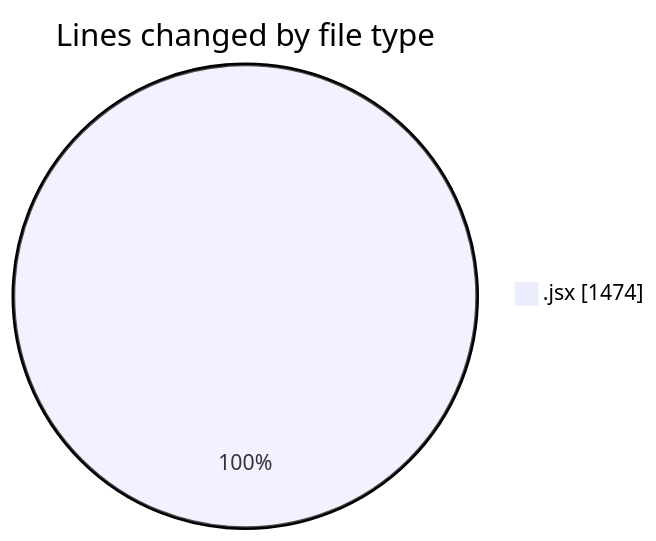
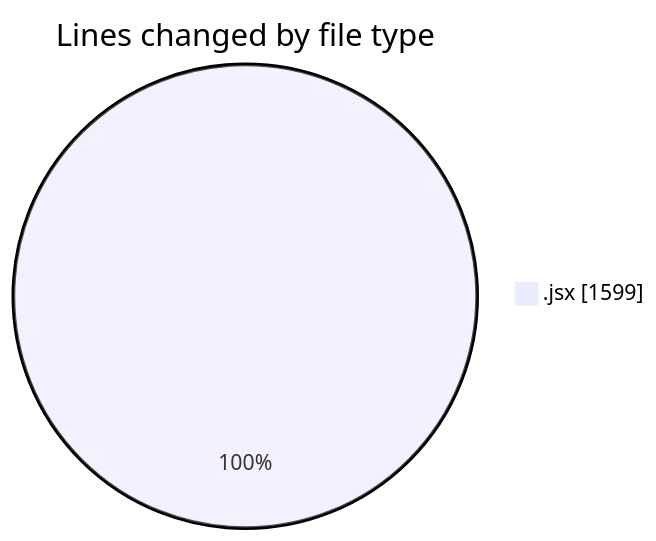
One commit to nxtqubesakshisongat/code-tracking changed the first of 2 diagrams in 2025-05-05/nxtqube_webapp/README.md. Above: the diagram before and after it, drawn with Mermaid. The commit also changed other lines of this file and 1 other file, not shown here.

````diff
--- a/2025-05-05/nxtqube_webapp/README.md
+++ b/2025-05-05/nxtqube_webapp/README.md
@@ -20,5 +20,5 @@
 ```mermaid
 pie showData
 title Lines changed by file type
-".jsx" : 1474
+".jsx" : 1599
 ```
````
